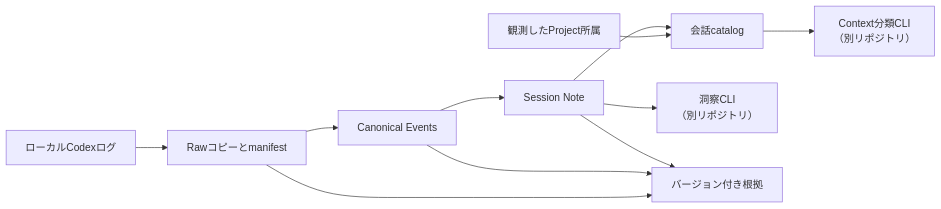
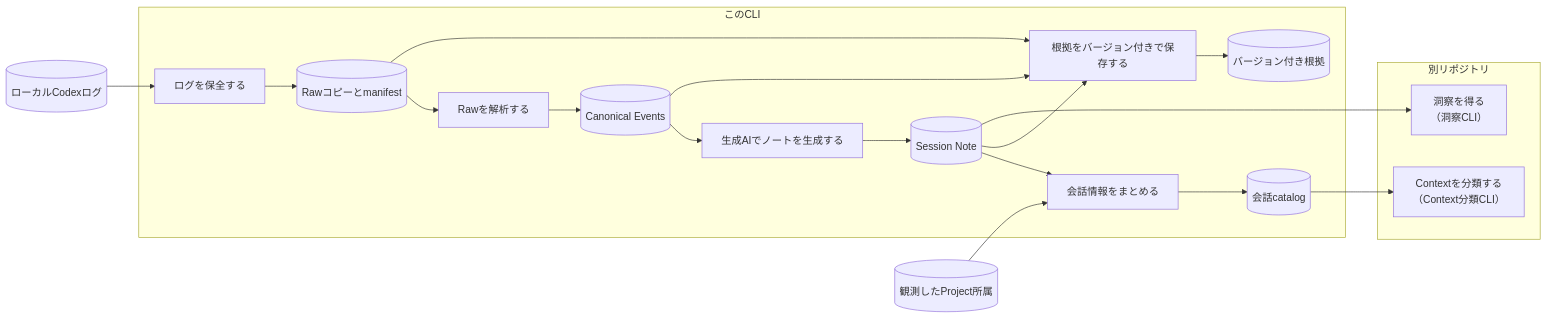
Before and after one commit to tuckn/tkn_codex_chat_note_pipeline: the first of 2 diagrams in README.md, drawn with Mermaid. The commit also changed other lines of this file and 1 other file, not shown here.

Commit message:
feat: Add detailed flowchart to README for improved understanding of the pipeline process

````diff
--- a/README.md
+++ b/README.md
@@ -73,13 +76,30 @@
 ```mermaid
 flowchart LR
-    L["ローカルCodexログ"] --> R["Rawコピーとmanifest"]
-    R --> E["Canonical Events"]
-    E --> T["Session Note"]
-    M["観測したProject所属"] --> C["会話catalog"]
-    T --> C
-    C --> U["Context分類CLI<br/>（別リポジトリ）"]
-    T --> I["洞察CLI<br/>（別リポジトリ）"]
-    R --> P["バージョン付き根拠"]
-    E --> P
-    T --> P
+    L[("ローカルCodexログ")]
+    M[("観測したProject所属")]
+
+    subgraph PIPELINE["このCLI"]
+        COPY["ログを保全する"] --> R[("Rawコピーとmanifest")]
+        R --> PARSE["Rawを解析する"]
+        PARSE --> E[("Canonical Events")]
+        E --> GENERATE["生成AIでノートを生成する"]
+        GENERATE --> T[("Session Note")]
+        CATALOG["会話情報をまとめる"] --> C[("会話catalog")]
+        RECORD["根拠をバージョン付きで保存する"] --> P[("バージョン付き根拠")]
+
+        T --> CATALOG
+        R --> RECORD
+        E --> RECORD
+        T --> RECORD
+    end
+
+    subgraph DOWNSTREAM["別リポジトリ"]
+        CLASSIFY["Contextを分類する<br/>（Context分類CLI）"]
+        INSIGHT["洞察を得る<br/>（洞察CLI）"]
+    end
+
+    L --> COPY
+    M --> CATALOG
+    C --> CLASSIFY
+    T --> INSIGHT
 ```
````
